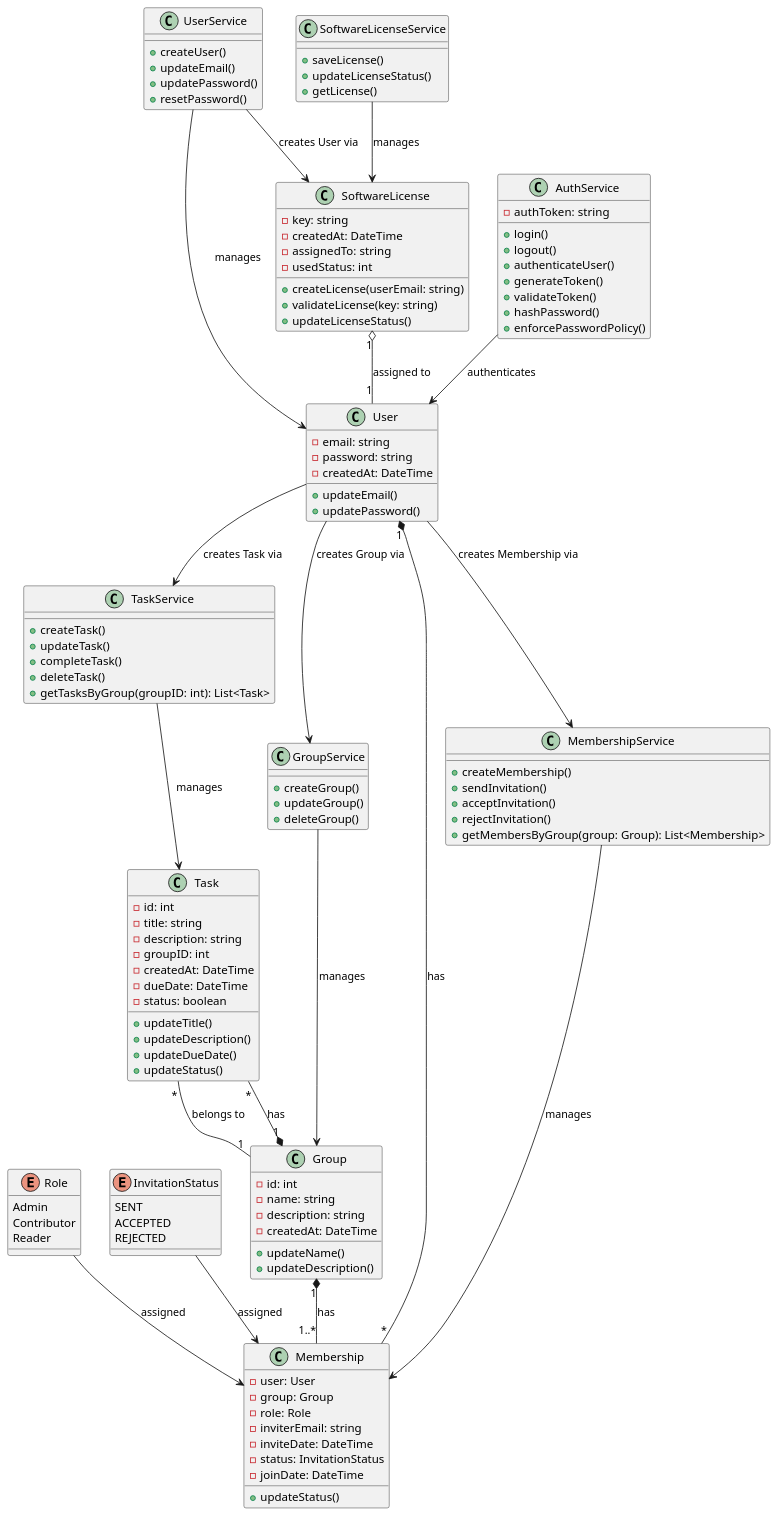
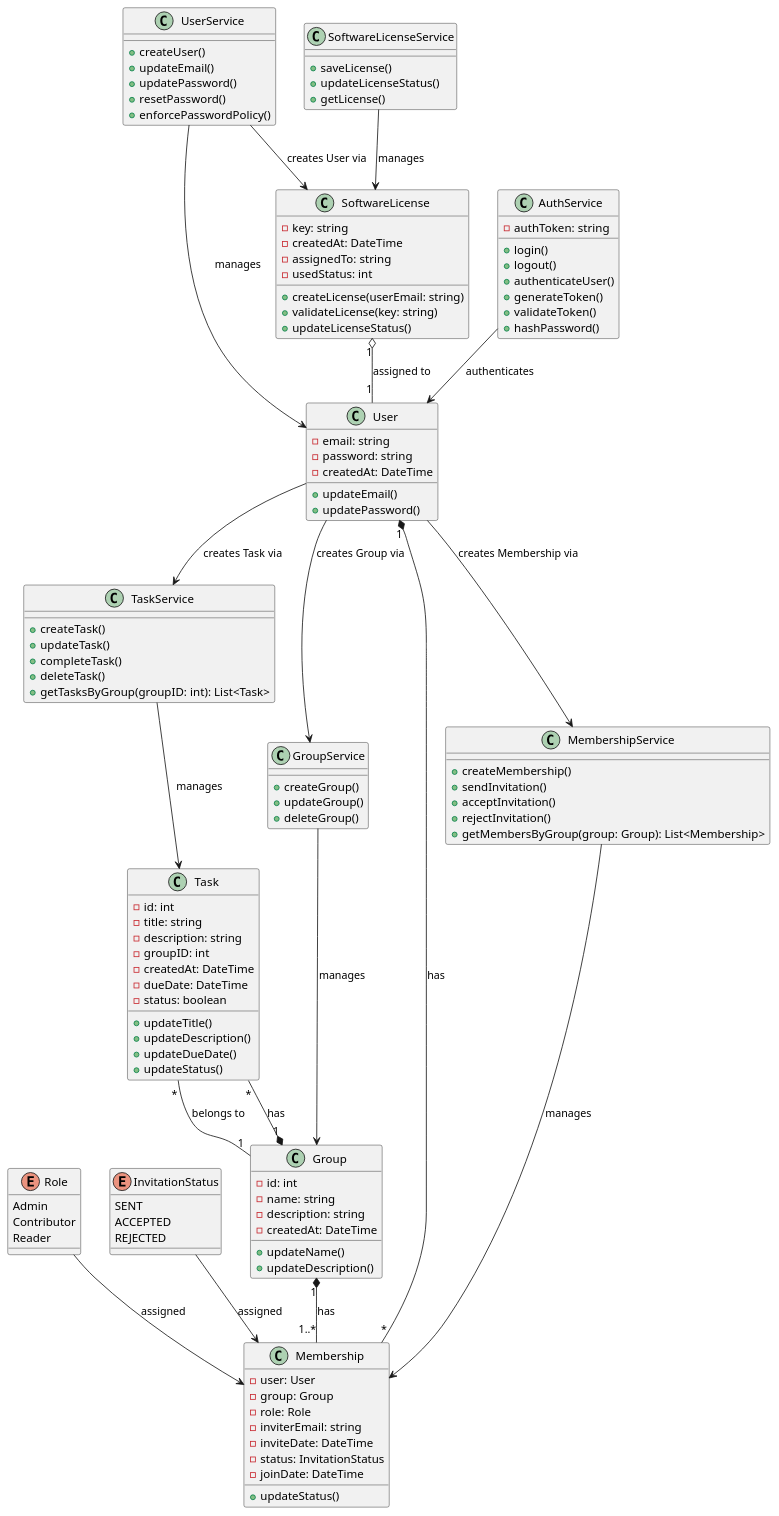
The diagram in documentation/Design_Implementation/backend_class_uml.puml (OmerEgeOzyaba/CSCI3100-project), drawn with PlantUML before and after one commit. The commit also changed other lines of this file, not shown here.

Commit message:
Replaced enforcePasswordPolicy() under UserService instead of AuthService which makes more sense

```diff
--- a/documentation/Design_Implementation/backend_class_uml.puml
+++ b/documentation/Design_Implementation/backend_class_uml.puml
@@ -1,143 +1,143 @@
 @startuml
 
 class User {
 	- email: string
 	- password: string
 	- createdAt: DateTime
 '-------------------------------
 	+ updateEmail()
 	+ updatePassword()
 }
 
 class UserService {
         + createUser()
         + updateEmail()
         + updatePassword()
         + resetPassword()
+	+ enforcePasswordPolicy()
 }
 
 class Task {
 	- id: int
 	- title: string
 	- description: string
 	- groupID: int
 	- createdAt: DateTime
 	- dueDate: DateTime
 	- status: boolean
 '--------------------------------
 	+ updateTitle()
 	+ updateDescription()
 	+ updateDueDate()
 	+ updateStatus()
 }
 
 class TaskService {
         + createTask()
         + updateTask()
         + completeTask()
         + deleteTask()
 	+ getTasksByGroup(groupID: int): List<Task>
 }
 
 class Group {
 	- id: int
 	- name: string
 	- description: string
 	- createdAt: DateTime
 '---------------------------------
 	+ updateName()
 	+ updateDescription()
 }
 
 class GroupService {
 	+ createGroup()
 	+ updateGroup()
 	+ deleteGroup()
 }
 
 class Membership {
 	- user: User
 	- group: Group
 	- role: Role
 	- inviterEmail: string
 	- inviteDate: DateTime
 	- status: InvitationStatus
 	- joinDate: DateTime
 '---------------------------------
 	+ updateStatus()
 }
 
 class MembershipService {
 	+ createMembership()
 	+ sendInvitation()
 	+ acceptInvitation()
 	+ rejectInvitation()
         + getMembersByGroup(group: Group): List<Membership>
 
 }
 
 class AuthService {
 	- authToken: string
 '---------------------------------
 	+ login()
 	+ logout()
 	+ authenticateUser()
 	+ generateToken()
 	+ validateToken()
 	+ hashPassword()
-	+ enforcePasswordPolicy()
 }
 
 class SoftwareLicense {
 	- key: string
 	- createdAt: DateTime
 	- assignedTo: string
 		' assigned to the email address of a user
 	- usedStatus: int
 '---------------------------------
 	+ createLicense(userEmail: string)
 	+ validateLicense(key: string)
 	+ updateLicenseStatus()
 }
 
 class SoftwareLicenseService {
 	+ saveLicense()
 	+ updateLicenseStatus()
 	+ getLicense()
 }
 
 enum Role {
         Admin
         Contributor
         Reader
 }
 
 enum InvitationStatus {
         SENT
         ACCEPTED
         REJECTED
 }
 
 User --> TaskService: creates Task via
 User --> GroupService: creates Group via
 User --> MembershipService: creates Membership via
 User "1" *-- "*" Membership: has
 AuthService --> User: authenticates
 UserService --> User: manages
 
 TaskService --> Task: manages
 Task "*" -- "1" Group: belongs to
 
 GroupService --> Group: manages
 Group "1" *-- "1..*" Membership: has
 Group "1" *-- "*" Task: has
 
 MembershipService --> Membership: manages
 Role --> Membership: assigned
 InvitationStatus --> Membership: assigned
 
 SoftwareLicense "1" o-- "1" User: assigned to 
 UserService --> SoftwareLicense: creates User via
 SoftwareLicenseService --> SoftwareLicense: manages
 
 @enduml
```
